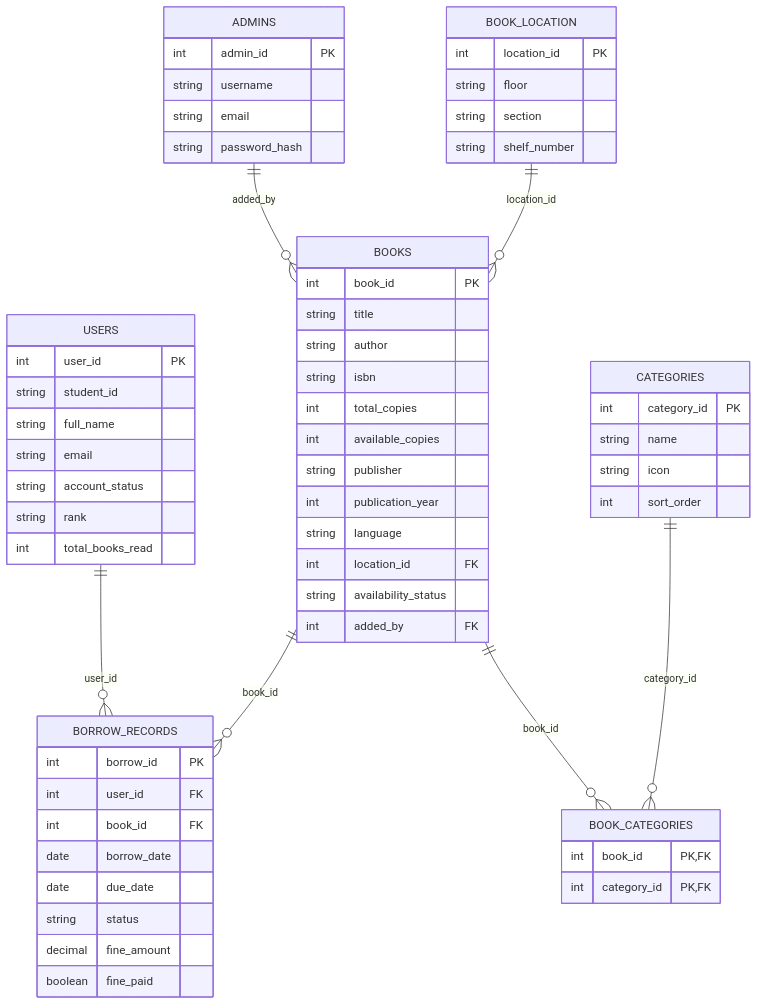
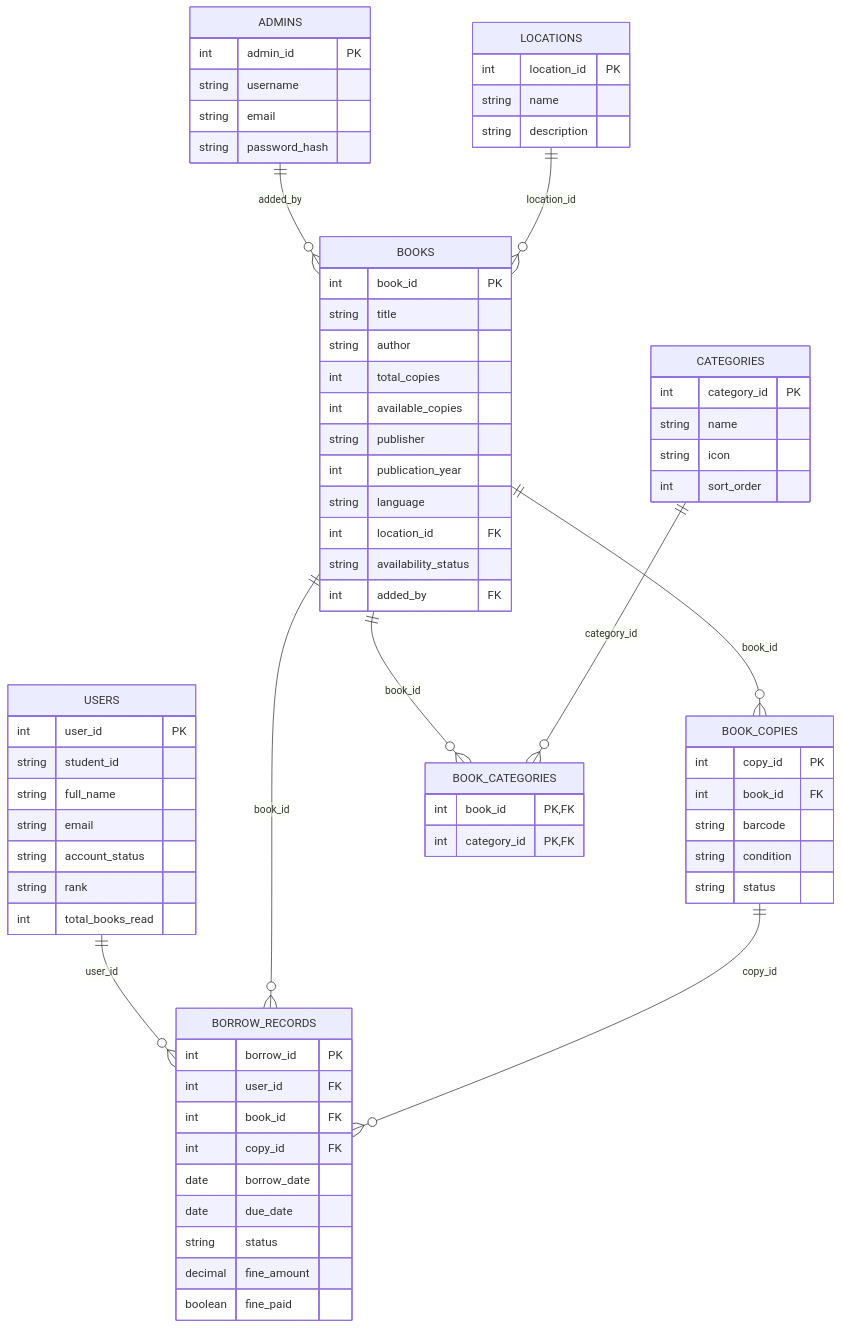
One commit to prasajanravishka/library_system- changed the diagram in doc/database_schema_reference.md. Above: the diagram before and after it, drawn with Mermaid. The commit also changed other lines of this file and 5 other files, not shown here.

Commit message:
docs: updated documentation to reflect dual-frontend architecture and copy-level tracking

````diff
--- a/doc/database_schema_reference.md
+++ b/doc/database_schema_reference.md
@@ -11,71 +11,80 @@
 ```mermaid
 erDiagram
     ADMINS ||--o{ BOOKS : "added_by"
     USERS ||--o{ BORROW_RECORDS : "user_id"
     BOOKS ||--o{ BORROW_RECORDS : "book_id"
+    BOOK_COPIES ||--o{ BORROW_RECORDS : "copy_id"
     BOOKS ||--o{ BOOK_CATEGORIES : "book_id"
     CATEGORIES ||--o{ BOOK_CATEGORIES : "category_id"
-    BOOK_LOCATION ||--o{ BOOKS : "location_id"
+    LOCATIONS ||--o{ BOOKS : "location_id"
+    BOOKS ||--o{ BOOK_COPIES : "book_id"
 
     ADMINS {
         int admin_id PK
         string username
         string email
         string password_hash
     }
     
     USERS {
         int user_id PK
         string student_id
         string full_name
         string email
         string account_status
         string rank
         int total_books_read
     }
     
     BOOKS {
         int book_id PK
         string title
         string author
-        string isbn
         int total_copies
         int available_copies
         string publisher
         int publication_year
         string language
         int location_id FK
         string availability_status
         int added_by FK
     }
     
-    BOOK_LOCATION {
+    BOOK_COPIES {
+        int copy_id PK
+        int book_id FK
+        string barcode
+        string condition
+        string status
+    }
+    
+    LOCATIONS {
         int location_id PK
-        string floor
-        string section
-        string shelf_number
+        string name
+        string description
     }
     
     BORROW_RECORDS {
         int borrow_id PK
         int user_id FK
         int book_id FK
+        int copy_id FK
         date borrow_date
         date due_date
         string status
         decimal fine_amount
         boolean fine_paid
     }
 
     CATEGORIES {
         int category_id PK
         string name
         string icon
         int sort_order
     }
     
     BOOK_CATEGORIES {
         int book_id PK, FK
         int category_id PK, FK
     }
 ```
````
